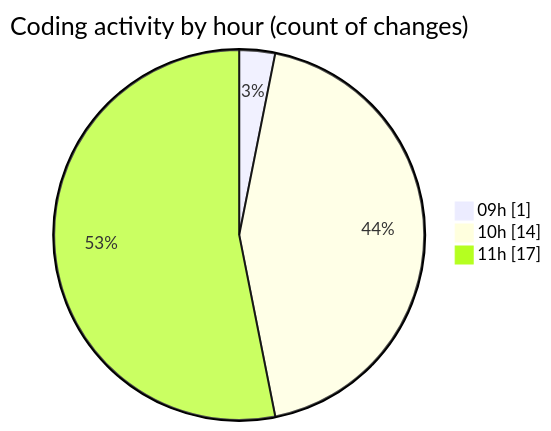
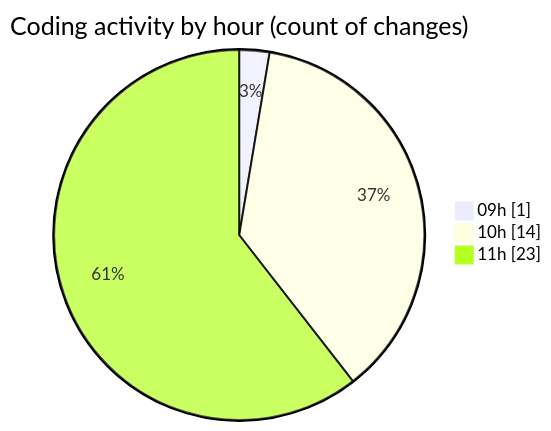
The second of 2 diagrams in 2025-05-07/niten/README.md (Elitesun/code-tracking), drawn with Mermaid before and after one commit. The commit also changed other lines of this file and 1 other file, not shown here.

````diff
--- a/2025-05-07/niten/README.md
+++ b/2025-05-07/niten/README.md
@@ -41,7 +43,7 @@
 ```mermaid
 pie showData
 title Coding activity by hour (count of changes)
 "09h" : 1
 "10h" : 14
-"11h" : 17
+"11h" : 23
 ```
````
